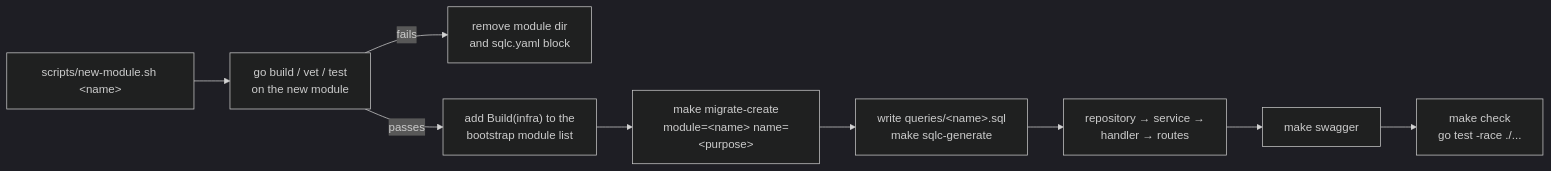
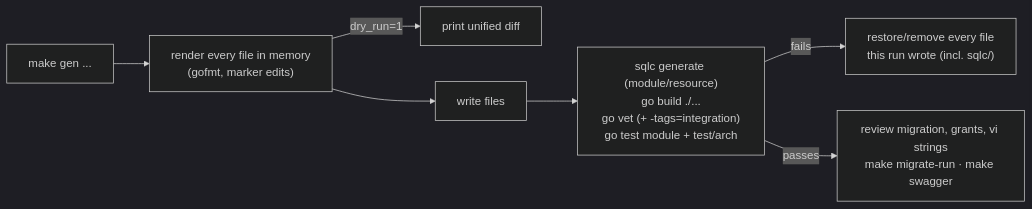
Before and after one commit to chuanghiduoc/fiber-golang-boilerplate: the first of 6 diagrams in docs/module-template.md, drawn with Mermaid (dark theme). The commit also changed other lines of this file and 73 other files, not shown here.

First line of the commit message:
feat(gen): Go code generator and per-module sqlc configs

````diff
--- a/docs/module-template.md
+++ b/docs/module-template.md
@@ -14,11 +27,9 @@
 ```mermaid
 flowchart LR
-    A["scripts/new-module.sh &lt;name&gt;"] --> B["go build / vet / test<br/>on the new module"]
-    B -- fails --> X["remove module dir<br/>and sqlc.yaml block"]
-    B -- passes --> C["add Build(infra) to the<br/>bootstrap module list"]
-    C --> D["make migrate-create<br/>module=&lt;name&gt; name=&lt;purpose&gt;"]
-    D --> E["write queries/&lt;name&gt;.sql<br/>make sqlc-generate"]
-    E --> F["repository → service →<br/>handler → routes"]
-    F --> G["make swagger"]
-    G --> H["make check<br/>go test -race ./..."]
+    A["make gen ..."] --> B["render every file in memory<br/>(gofmt, marker edits)"]
+    B -- "dry_run=1" --> D["print unified diff"]
+    B --> C["write files"]
+    C --> E["sqlc generate (module/resource)<br/>go build ./...<br/>go vet (+ -tags=integration)<br/>go test module + test/arch"]
+    E -- fails --> X["restore/remove every file<br/>this run wrote (incl. sqlc/)"]
+    E -- passes --> F["review migration, grants, vi strings<br/>make migrate-run · make swagger"]
 ```
````
